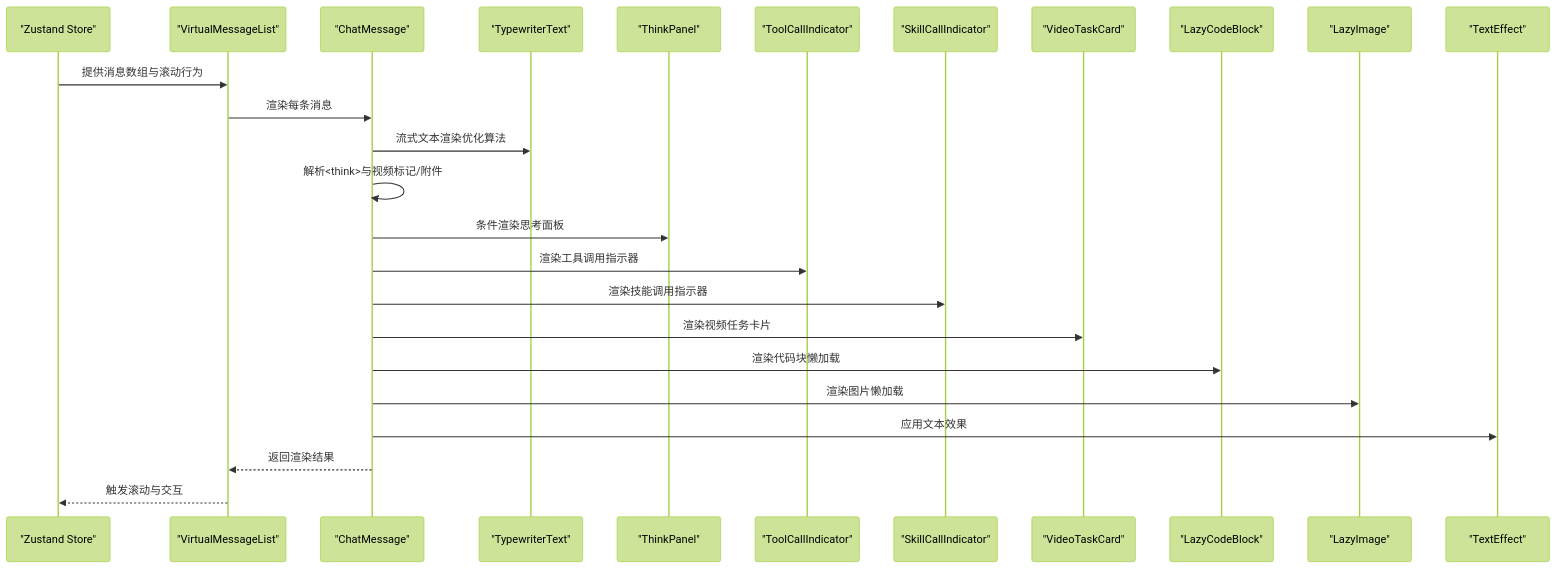
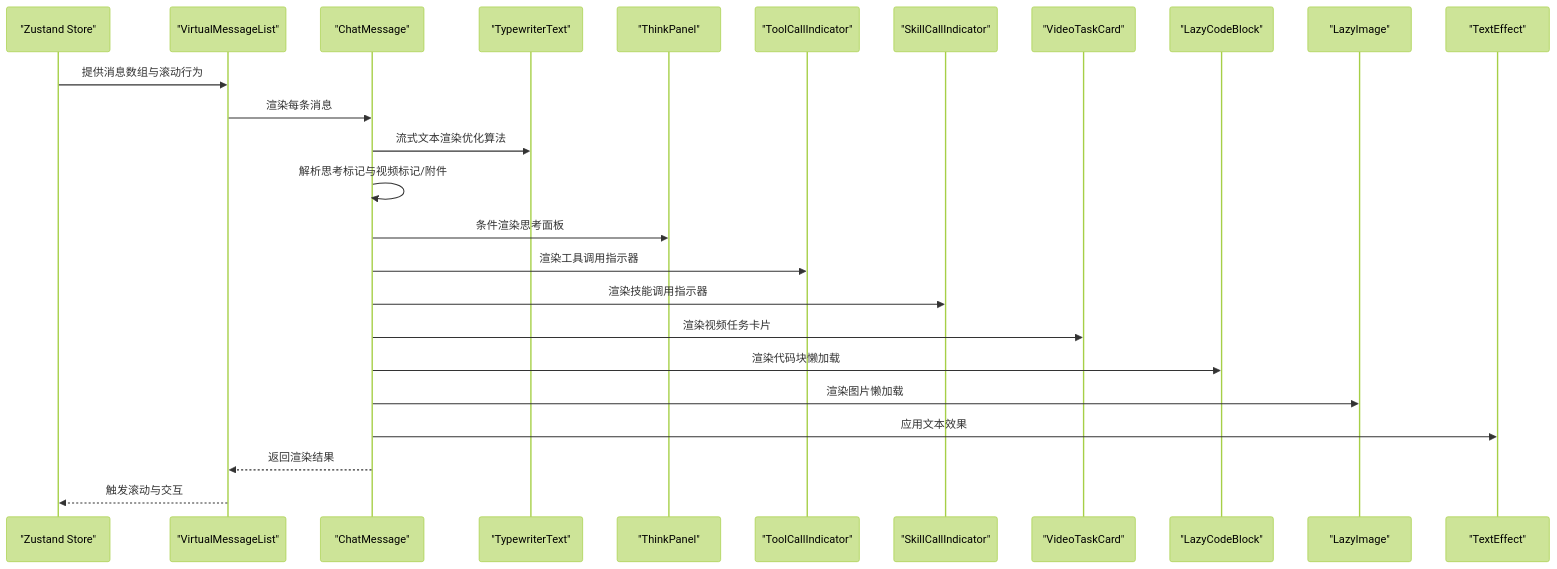
Before and after one commit to KunLabAI/KunFlix: the second of 5 diagrams in .qoder/repowiki/zh/content/前端组件系统/AI助手组件/消息系统.md, drawn with Mermaid (forest theme). The commit also changed other lines of this file and 15 other files, not shown here.

````diff
--- a/.qoder/repowiki/zh/content/前端组件系统/AI助手组件/消息系统.md
+++ b/.qoder/repowiki/zh/content/前端组件系统/AI助手组件/消息系统.md
@@ -174,27 +185,27 @@
 ```mermaid
 sequenceDiagram
 participant Store as "Zustand Store"
 participant VML as "VirtualMessageList"
 participant CM as "ChatMessage"
 participant TT as "TypewriterText"
 participant TP as "ThinkPanel"
 participant TCI as "ToolCallIndicator"
 participant SCI as "SkillCallIndicator"
 participant VTC as "VideoTaskCard"
 participant LCB as "LazyCodeBlock"
 participant LI as "LazyImage"
 participant TE as "TextEffect"
 Store->>VML : 提供消息数组与滚动行为
 VML->>CM : 渲染每条消息
 CM->>TT : 流式文本渲染优化算法
-CM->>CM : 解析<think>与视频标记/附件
+CM->>CM : 解析思考标记与视频标记/附件
 CM->>TP : 条件渲染思考面板
 CM->>TCI : 渲染工具调用指示器
 CM->>SCI : 渲染技能调用指示器
 CM->>VTC : 渲染视频任务卡片
 CM->>LCB : 渲染代码块懒加载
 CM->>LI : 渲染图片懒加载
 CM->>TE : 应用文本效果
 CM-->>VML : 返回渲染结果
 VML-->>Store : 触发滚动与交互
 ```
````
